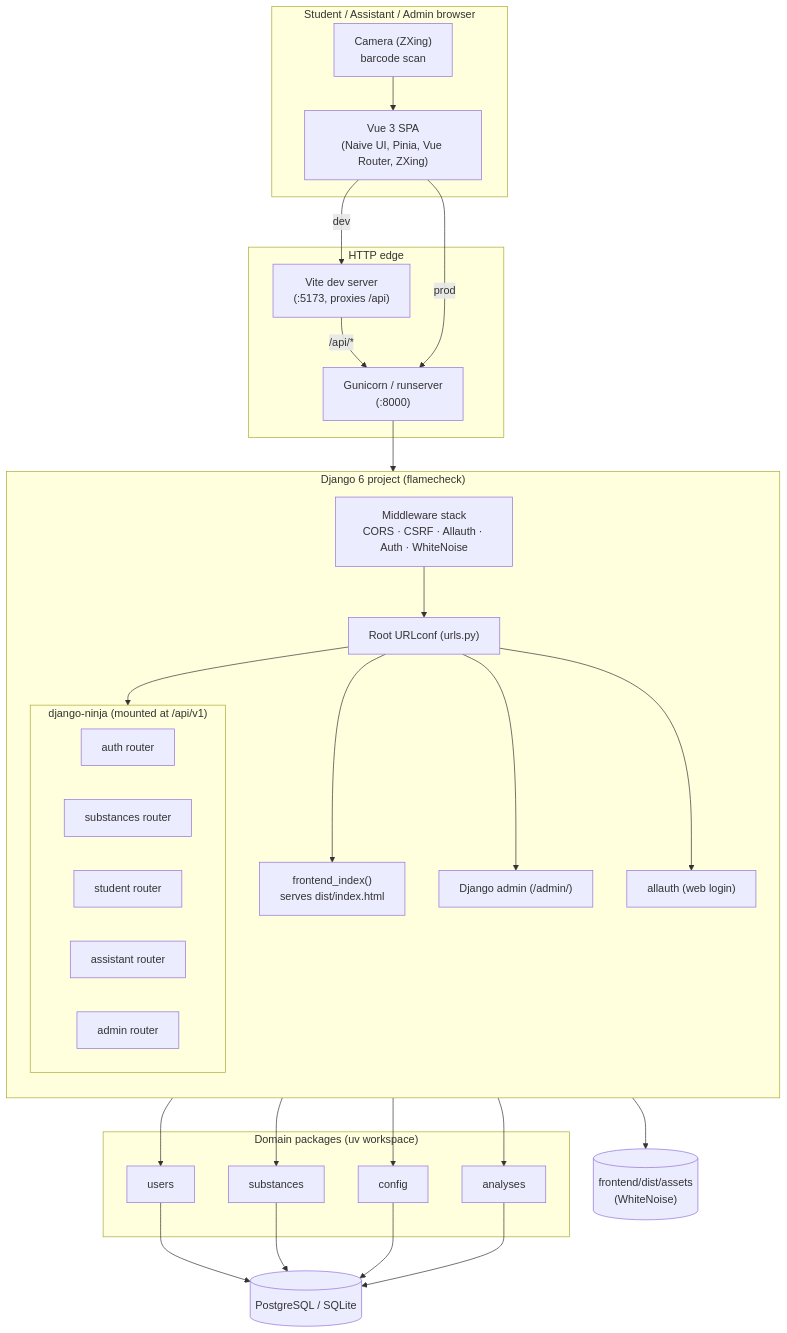
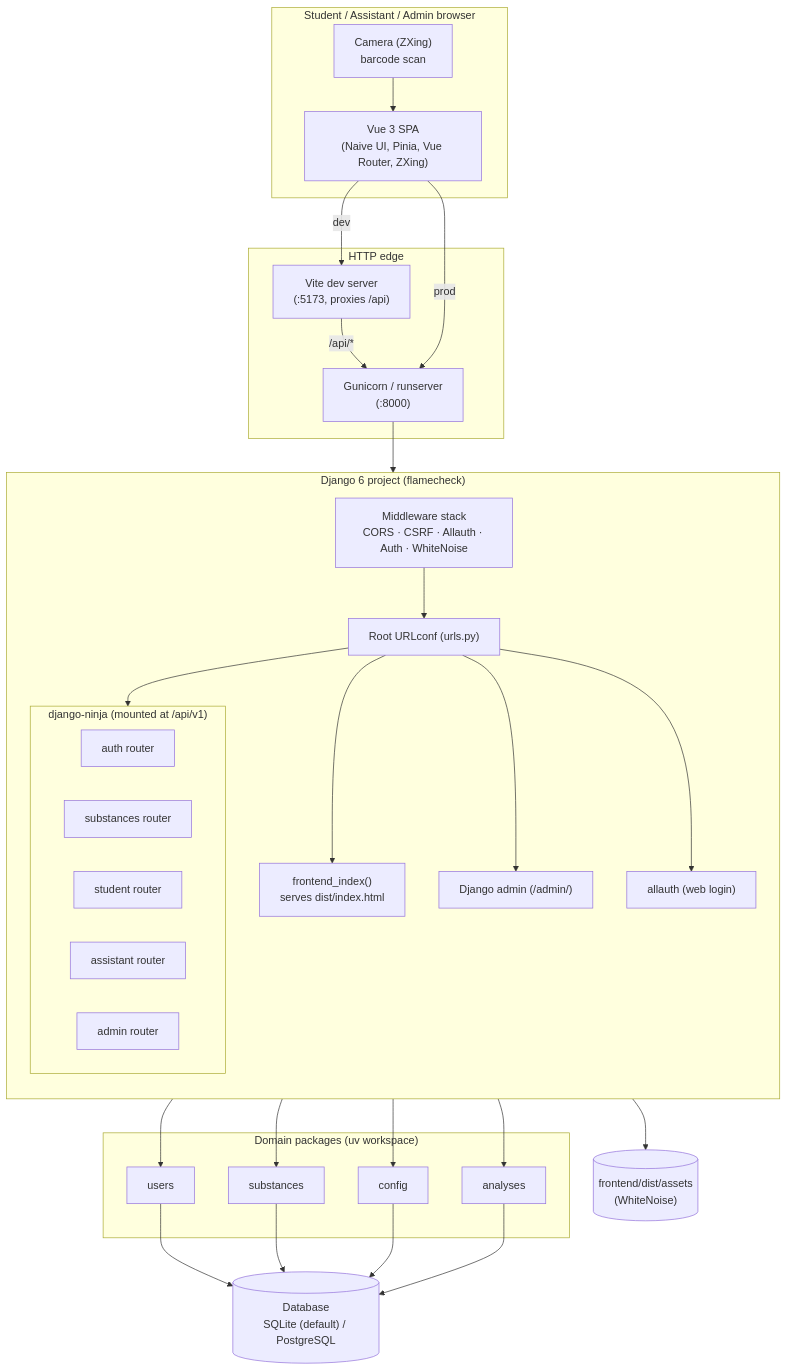
Before and after one commit to LARA-chemistry/flamecheck: the first of 6 diagrams in docs/development/architecture.md, drawn with Mermaid. The commit also changed other lines of this file and 14 other files, not shown here.

Commit message:
fix: SQLite as default database

````diff
--- a/docs/development/architecture.md
+++ b/docs/development/architecture.md
@@ -101,51 +103,51 @@
 ```mermaid
 flowchart TB
     subgraph Browser["Student / Assistant / Admin browser"]
         SPA["Vue 3 SPA<br/>(Naive UI, Pinia, Vue Router, ZXing)"]
         Camera["Camera (ZXing)<br/>barcode scan"]
     end
 
     subgraph Edge["HTTP edge"]
         ViteDev["Vite dev server<br/>(:5173, proxies /api)"]
         Gunicorn["Gunicorn / runserver<br/>(:8000)"]
     end
 
     subgraph Django["Django 6 project (flamecheck)"]
         direction TB
         MW["Middleware stack<br/>CORS · CSRF · Allauth · Auth · WhiteNoise"]
         URL["Root URLconf (urls.py)"]
         subgraph NinjaAPI["django-ninja (mounted at /api/v1)"]
             direction LR
             R1["auth router"]
             R2["substances router"]
             R3["student router"]
             R4["assistant router"]
             R5["admin router"]
         end
         SPAView["frontend_index()<br/>serves dist/index.html"]
         AdminSite["Django admin (/admin/)"]
         AllAuth["allauth (web login)"]
     end
 
     subgraph Domain["Domain packages (uv workspace)"]
         U["users"]
         S["substances"]
         C["config"]
         A["analyses"]
     end
 
-    DB[("PostgreSQL / SQLite")]
+    DB[("Database<br/>SQLite (default) / PostgreSQL")]
     Static[("frontend/dist/assets<br/>(WhiteNoise)")]
 
     Camera --> SPA
     SPA -->|"dev"| ViteDev
     ViteDev -->|"/api/*"| Gunicorn
     SPA -->|"prod"| Gunicorn
     Gunicorn --> MW --> URL
     URL --> NinjaAPI
     URL --> SPAView --> Static
     URL --> AdminSite
     URL --> AllAuth
     NinjaAPI --> U & S & C & A
     U & S & C & A --> DB
 ```
````
